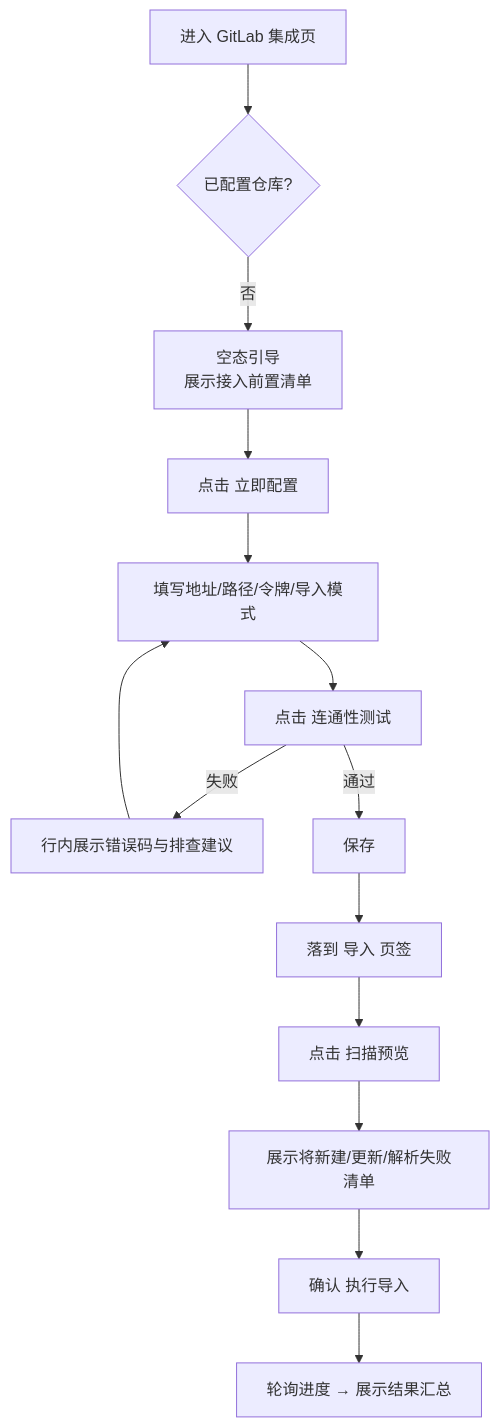
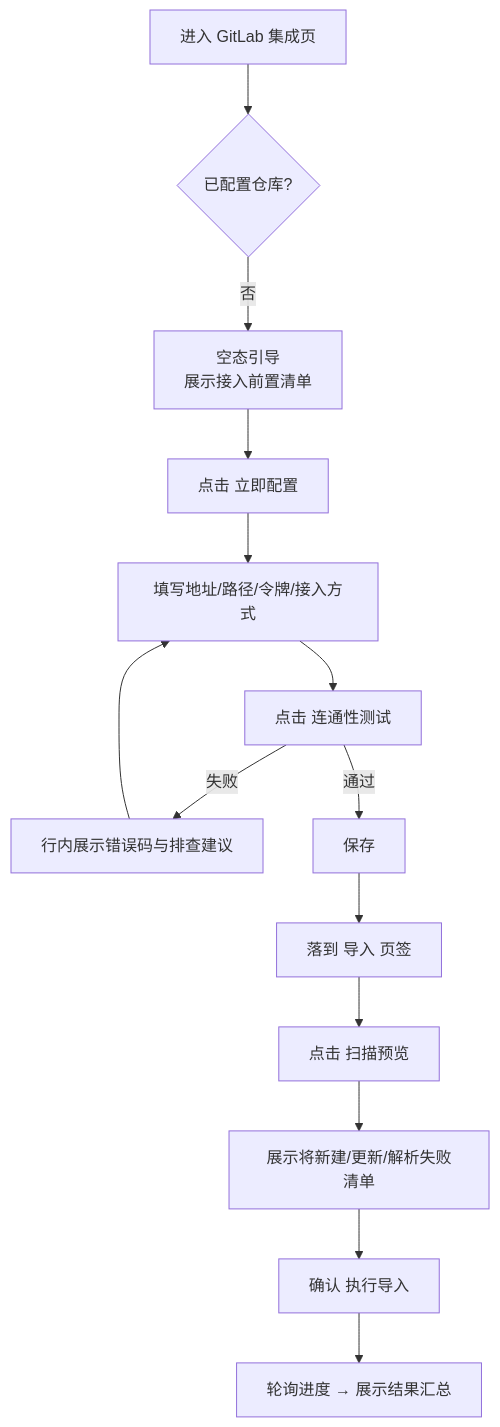
One commit to XiaoMiSum/robotest changed the first of 2 diagrams in docs/05-interaction-design/05-api-testing/27-gitlab-ui-page.md. Above: the diagram before and after it, drawn with Mermaid. The commit also changed other lines of this file, not shown here.

````diff
--- a/docs/05-interaction-design/05-api-testing/27-gitlab-ui-page.md
+++ b/docs/05-interaction-design/05-api-testing/27-gitlab-ui-page.md
@@ -46,16 +46,16 @@
 ```mermaid
 flowchart TD
     A[进入 GitLab 集成页] --> B{已配置仓库?}
     B -- 否 --> C[空态引导<br/>展示接入前置清单]
     C --> D[点击 立即配置]
-    D --> E[填写地址/路径/令牌/导入模式]
+    D --> E[填写地址/路径/令牌/接入方式]
     E --> F[点击 连通性测试]
     F -- 失败 --> G[行内展示错误码与排查建议]
     G --> E
     F -- 通过 --> H[保存]
     H --> I[落到 导入 页签]
     I --> J[点击 扫描预览]
     J --> K[展示将新建/更新/解析失败清单]
     K --> L[确认 执行导入]
     L --> M[轮询进度 → 展示结果汇总]
 ```
````
